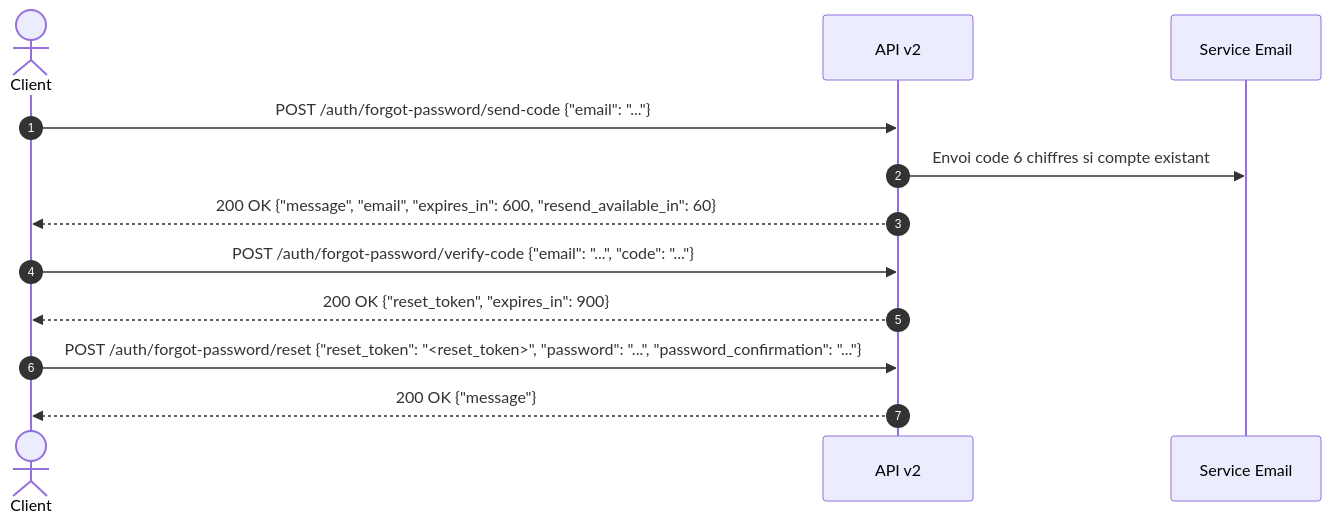
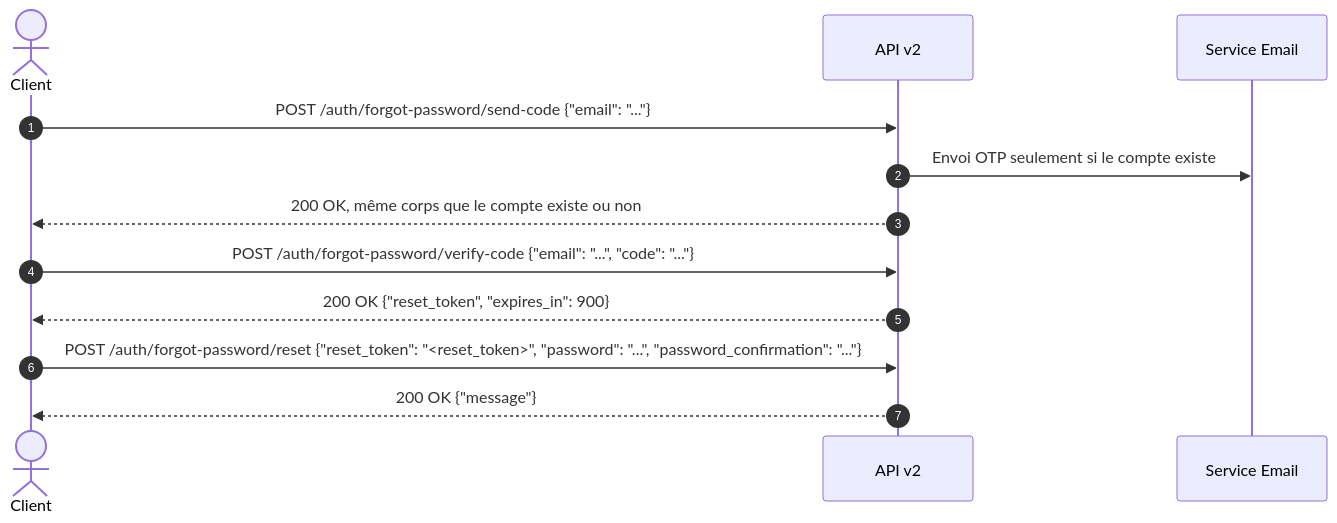
One commit to eliezerkiera/projet_laravel_13 changed the third of 3 diagrams in docs/api/guide_api_v2.md. Above: the diagram before and after it, drawn with Mermaid. The commit also changed other lines of this file and 1 other file, not shown here.

Commit message:
docs: align API v2 integration guide

````diff
--- a/docs/api/guide_api_v2.md
+++ b/docs/api/guide_api_v2.md
@@ -869,17 +869,17 @@
 ```mermaid
 sequenceDiagram
     autonumber
     actor Client
     participant API as API v2
     participant Mail as Service Email
 
     Client->>API: POST /auth/forgot-password/send-code {"email": "..."}
-    API->>Mail: Envoi code 6 chiffres si compte existant
-    API-->>Client: 200 OK {"message", "email", "expires_in": 600, "resend_available_in": 60}
+    API->>Mail: Envoi OTP seulement si le compte existe
+    API-->>Client: 200 OK, même corps que le compte existe ou non
 
     Client->>API: POST /auth/forgot-password/verify-code {"email": "...", "code": "..."}
     API-->>Client: 200 OK {"reset_token", "expires_in": 900}
 
     Client->>API: POST /auth/forgot-password/reset {"reset_token": "<reset_token>", "password": "...", "password_confirmation": "..."}
     API-->>Client: 200 OK {"message"}
 ```
````
